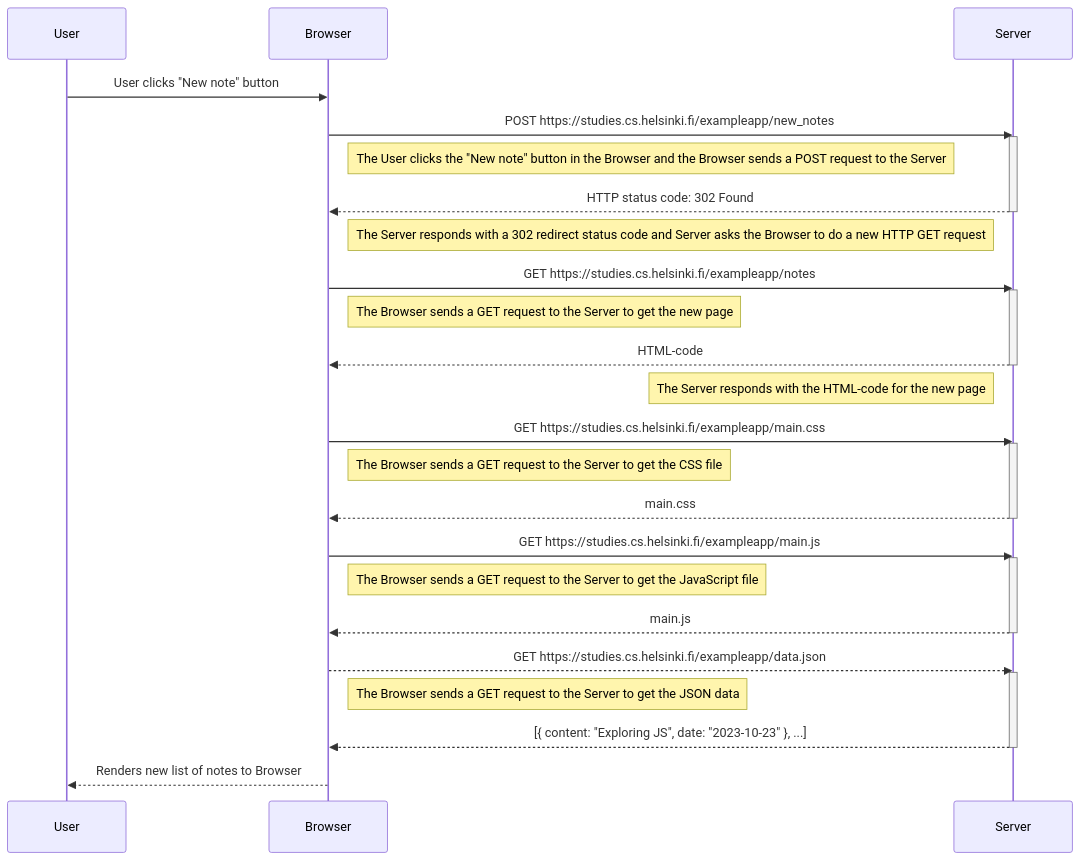
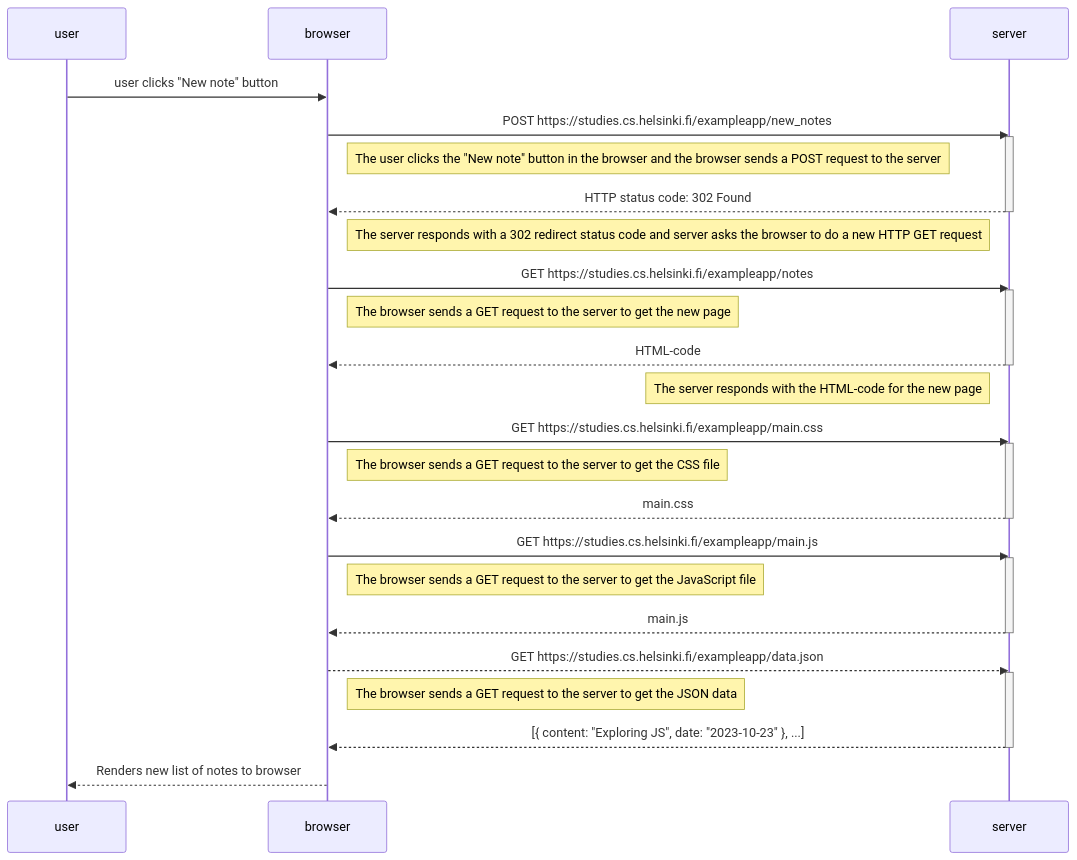
The diagram in part0/0.4-exercise.md (Faisal-Mahmud-Anik-1/fullstack-open-2023), drawn with Mermaid before and after one commit. The commit also changed 3 other files, not shown here.

````diff
--- a/part0/0.4-exercise.md
+++ b/part0/0.4-exercise.md
@@ -3,45 +3,45 @@
 ```mermaid
 sequenceDiagram
-    participant User
-    participant Browser
-    participant Server
+    participant user
+    participant browser
+    participant server
 
-    User->>Browser: User clicks "New note" button
-    Browser->>Server: POST https://studies.cs.helsinki.fi/exampleapp/new_notes
-    activate Server
-    Note right of Browser: The User clicks the "New note" button in the Browser and the Browser sends a POST request to the Server
-    Server-->>Browser: HTTP status code: 302 Found
-    deactivate Server
-    Note left of Server: The Server responds with a 302 redirect status code and Server asks the Browser to do a new HTTP GET request
+    user->>browser: user clicks "New note" button
+    browser->>server: POST https://studies.cs.helsinki.fi/exampleapp/new_notes
+    activate server
+    Note right of browser: The user clicks the "New note" button in the browser and the browser sends a POST request to the server
+    server-->>browser: HTTP status code: 302 Found
+    deactivate server
+    Note left of server: The server responds with a 302 redirect status code and server asks the browser to do a new HTTP GET request
 
-    Browser->>Server: GET https://studies.cs.helsinki.fi/exampleapp/notes
-    activate Server
-    Note right of Browser: The Browser sends a GET request to the Server to get the new page
-    Server-->>Browser: HTML-code
-    deactivate Server
-    Note left of Server: The Server responds with the HTML-code for the new page
+    browser->>server: GET https://studies.cs.helsinki.fi/exampleapp/notes
+    activate server
+    Note right of browser: The browser sends a GET request to the server to get the new page
+    server-->>browser: HTML-code
+    deactivate server
+    Note left of server: The server responds with the HTML-code for the new page
 
 
-    Browser->>Server: GET https://studies.cs.helsinki.fi/exampleapp/main.css
-    activate Server
-    Note right of Browser: The Browser sends a GET request to the Server to get the CSS file
-    Server-->>Browser: main.css
-    deactivate Server
+    browser->>server: GET https://studies.cs.helsinki.fi/exampleapp/main.css
+    activate server
+    Note right of browser: The browser sends a GET request to the server to get the CSS file
+    server-->>browser: main.css
+    deactivate server
 
 
-    Browser->>Server: GET https://studies.cs.helsinki.fi/exampleapp/main.js
-    activate Server
-    Note right of Browser: The Browser sends a GET request to the Server to get the JavaScript file
-    Server-->>Browser: main.js
-    deactivate Server
+    browser->>server: GET https://studies.cs.helsinki.fi/exampleapp/main.js
+    activate server
+    Note right of browser: The browser sends a GET request to the server to get the JavaScript file
+    server-->>browser: main.js
+    deactivate server
 
-    Browser-->>Server: GET https://studies.cs.helsinki.fi/exampleapp/data.json
-    activate Server
-    Note right of Browser: The Browser sends a GET request to the Server to get the JSON data
-    Server-->>Browser: [{ content: "Exploring JS", date: "2023-10-23" }, ...]
-    deactivate Server
+    browser-->>server: GET https://studies.cs.helsinki.fi/exampleapp/data.json
+    activate server
+    Note right of browser: The browser sends a GET request to the server to get the JSON data
+    server-->>browser: [{ content: "Exploring JS", date: "2023-10-23" }, ...]
+    deactivate server
 
-    Browser-->>User: Renders new list of notes to Browser
+    browser-->>user: Renders new list of notes to browser
 
 
 ```
````
